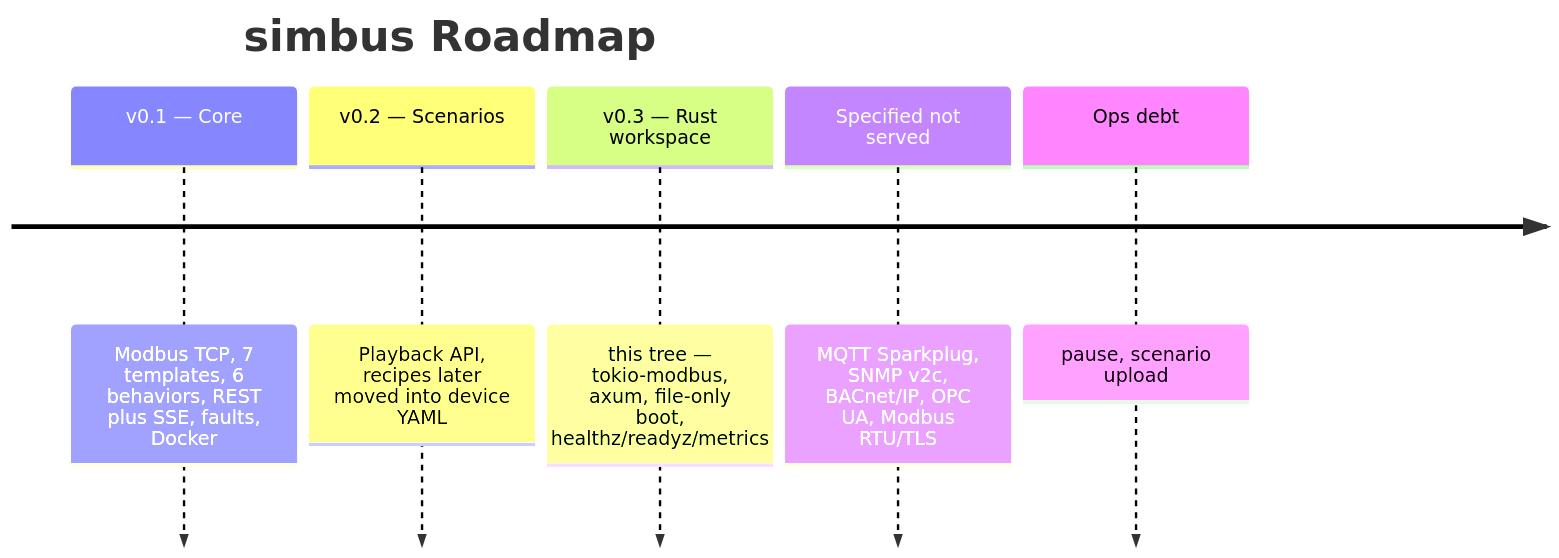
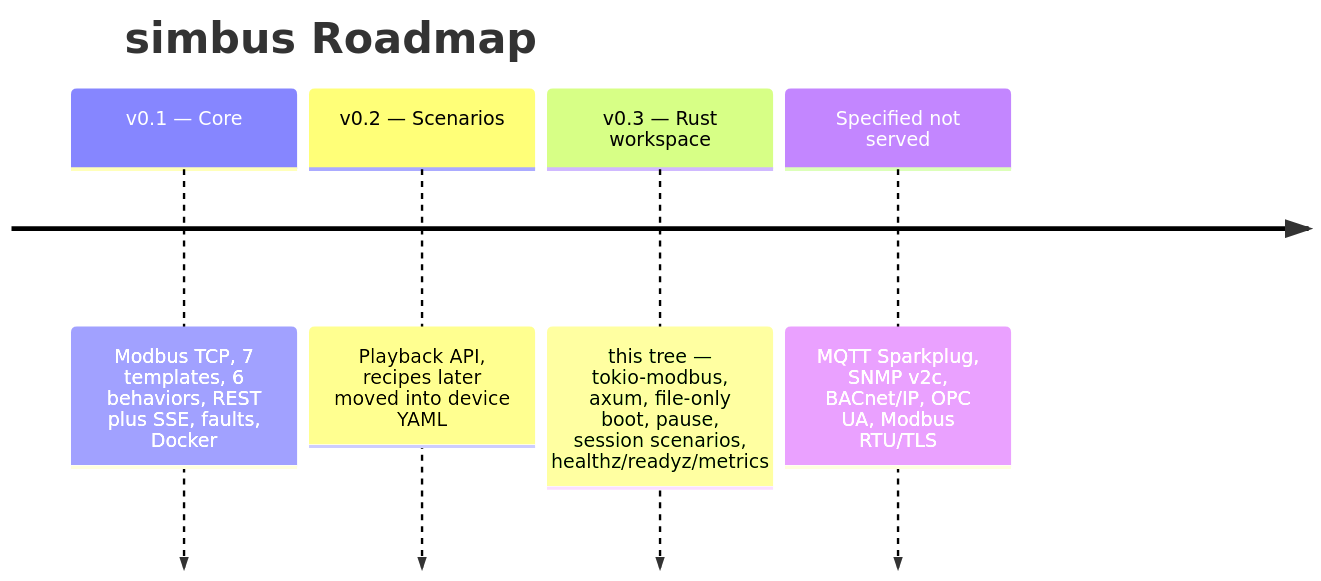
One commit to obsidia-systems/simbus changed the fifth of 5 diagrams in README.md. Above: the diagram before and after it, drawn with Mermaid. The commit also changed other lines of this file and 25 other files, not shown here.

````diff
--- a/README.md
+++ b/README.md
@@ -797,9 +800,8 @@
 ```mermaid
 timeline
     title simbus Roadmap
     v0.1 — Core : Modbus TCP, 7 templates, 6 behaviors, REST plus SSE, faults, Docker
     v0.2 — Scenarios : Playback API, recipes later moved into device YAML
-    v0.3 — Rust workspace : this tree — tokio-modbus, axum, file-only boot, healthz/readyz/metrics
+    v0.3 — Rust workspace : this tree — tokio-modbus, axum, file-only boot, pause, session scenarios, healthz/readyz/metrics
     Specified not served : MQTT Sparkplug, SNMP v2c, BACnet/IP, OPC UA, Modbus RTU/TLS
-    Ops debt : pause, scenario upload
 ```
````
